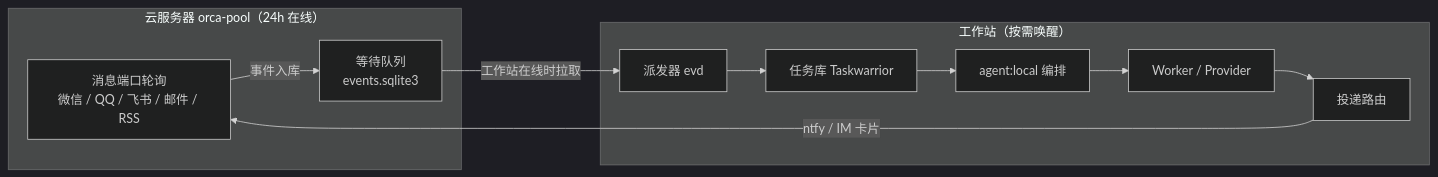
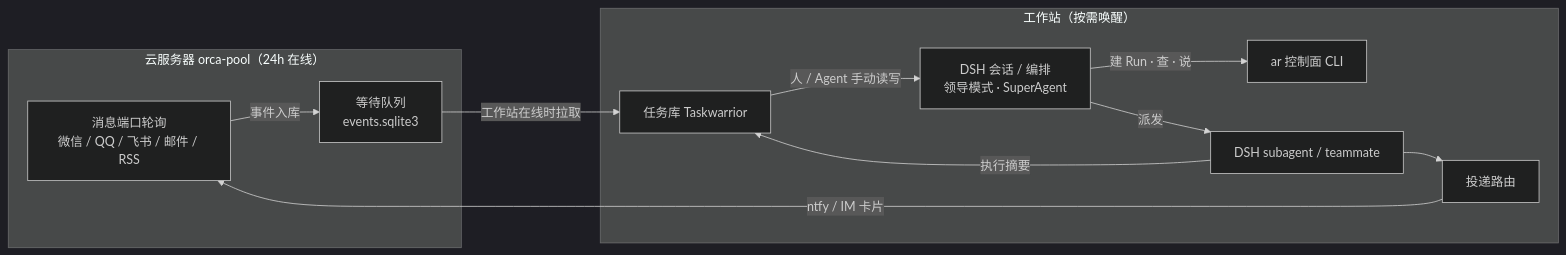
The diagram in docs/system-topology.md (ShizkMoon/ai-collab-assistant), drawn with Mermaid (dark theme) before and after one commit. The commit also changed other lines of this file and 47 other files, not shown here.

````diff
--- a/docs/system-topology.md
+++ b/docs/system-topology.md
@@ -11,18 +11,22 @@
 ```mermaid
 flowchart LR
   subgraph CLOUD["云服务器 orca-pool（24h 在线）"]
     SRC["消息端口轮询<br/>微信 / QQ / 飞书 / 邮件 / RSS"]
     Q["等待队列<br/>events.sqlite3"]
   end
   subgraph WS["工作站（按需唤醒）"]
-    EV["派发器 evd"]
+    O["DSH 会话 / 编排<br/>领导模式 · SuperAgent"]
     T["任务库 Taskwarrior"]
-    OR["agent:local 编排"]
-    W["Worker / Provider"]
+    A["ar 控制面 CLI"]
+    W["DSH subagent / teammate"]
     R["投递路由"]
   end
   SRC -->|事件入库| Q
-  Q -->|工作站在线时拉取| EV
-  EV --> T --> OR --> W --> R
+  Q -->|工作站在线时拉取| T
+  T -->|人 / Agent 手动读写| O
+  O -->|派发| W
+  O -->|建 Run · 查 · 说| A
+  W -->|执行摘要| T
+  W --> R
   R -->|ntfy / IM 卡片| SRC
 ```
````
